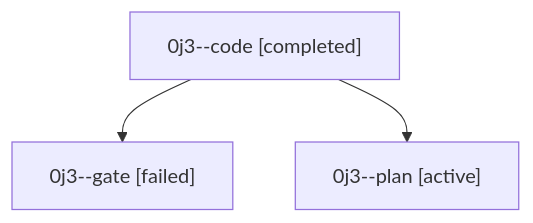
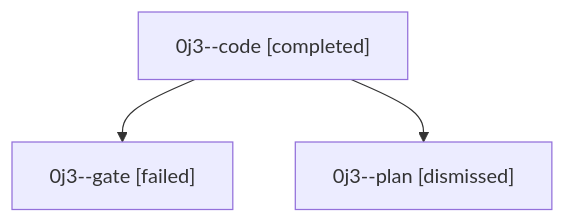
One commit to sase-org/sase--agents changed the diagram in sessions/bbugyi200.athena.0j3.md. Above: the diagram before and after it, drawn with Mermaid. The commit also changed other lines of this file and 50 other files, not shown here.

````diff
--- a/sessions/bbugyi200.athena.0j3.md
+++ b/sessions/bbugyi200.athena.0j3.md
@@ -9,8 +9,8 @@
 ```mermaid
 flowchart TD
   n0["0j3--code [completed]"]
   n1["0j3--gate [failed]"]
   n0 --> n1
-  n2["0j3--plan [active]"]
+  n2["0j3--plan [dismissed]"]
   n0 --> n2
 ```
````
